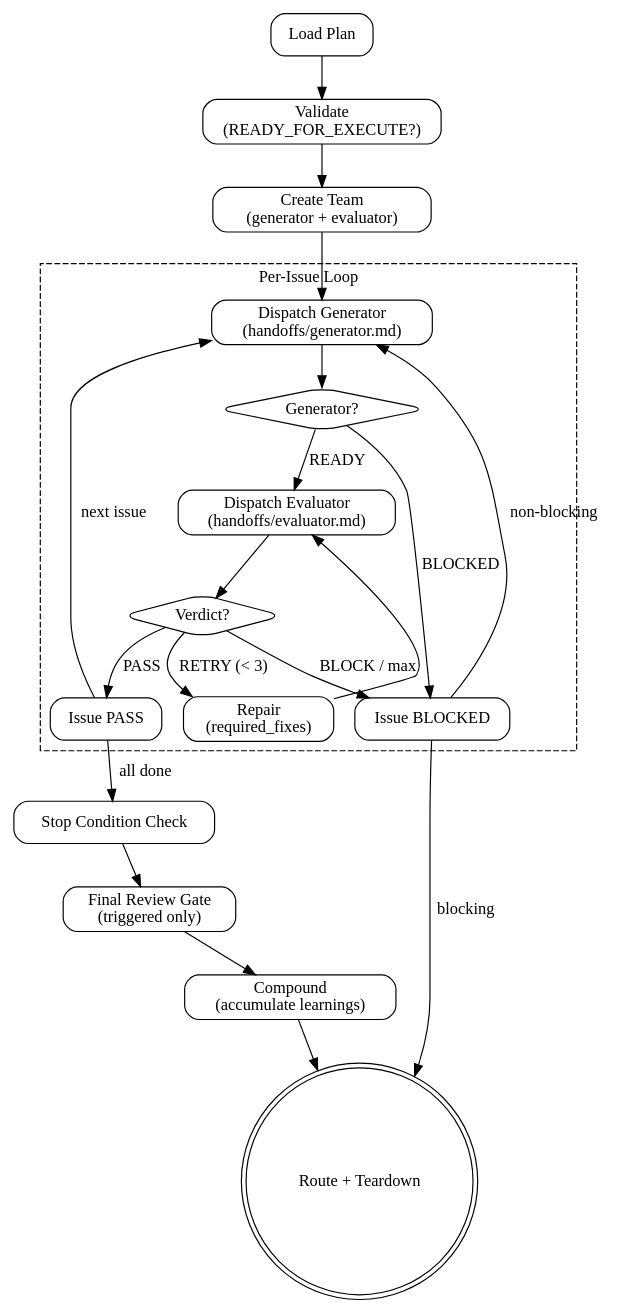
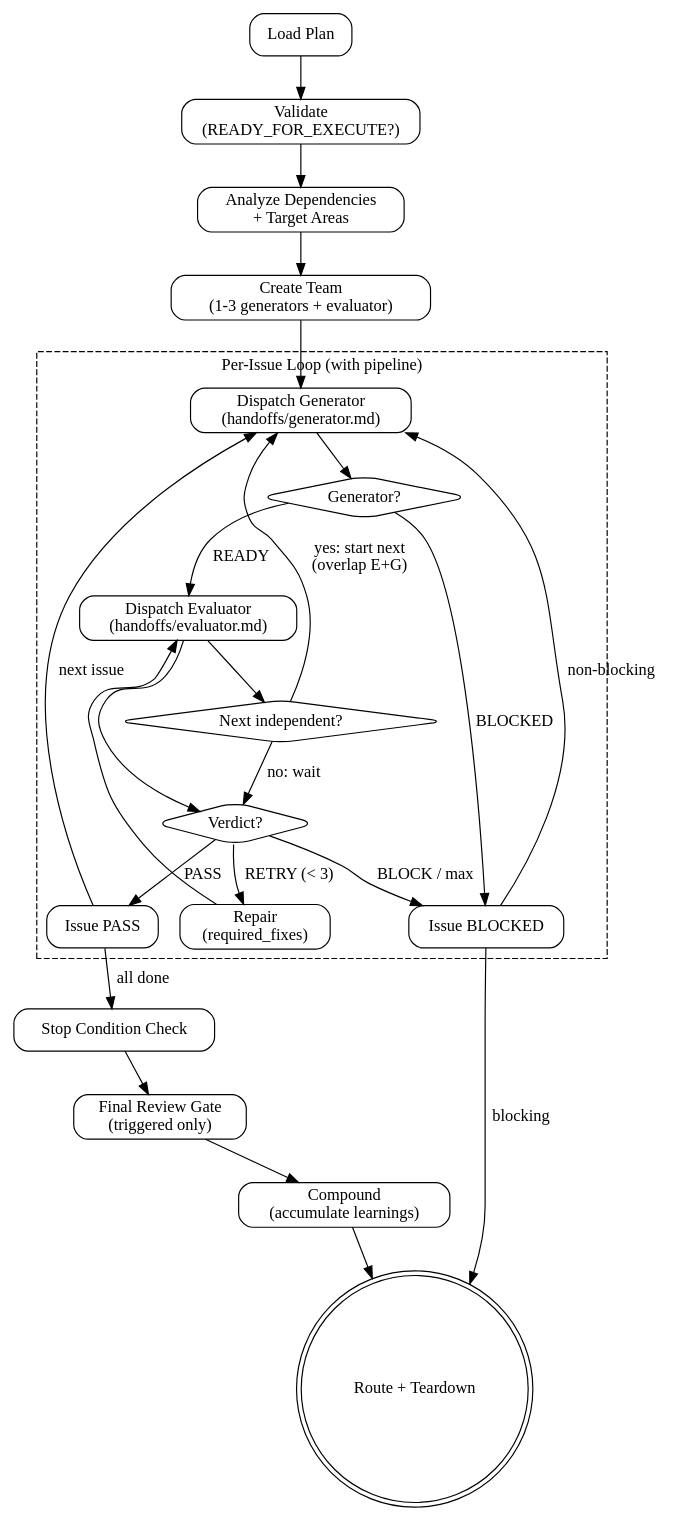
Before and after one commit to feng-y/pge: the diagram in skills/pge-exec/SKILL.md, drawn with Graphviz. The commit also changed other lines of this file, not shown here.

````diff
--- a/skills/pge-exec/SKILL.md
+++ b/skills/pge-exec/SKILL.md
@@ -38,42 +38,47 @@
 ```dot
 digraph pge_exec {
   rankdir=TB;
   node [shape=box, style=rounded];
 
   load_plan [label="Load Plan"];
   validate [label="Validate\n(READY_FOR_EXECUTE?)"];
-  create_team [label="Create Team\n(generator + evaluator)"];
+  group [label="Analyze Dependencies\n+ Target Areas"];
+  create_team [label="Create Team\n(1-3 generators + evaluator)"];
 
   subgraph cluster_loop {
-    label="Per-Issue Loop";
+    label="Per-Issue Loop (with pipeline)";
     style=dashed;
     dispatch_gen [label="Dispatch Generator\n(handoffs/generator.md)"];
     gen_done [label="Generator?", shape=diamond];
     dispatch_eval [label="Dispatch Evaluator\n(handoffs/evaluator.md)"];
+    pipeline_check [label="Next independent?", shape=diamond];
     verdict [label="Verdict?", shape=diamond];
     repair [label="Repair\n(required_fixes)"];
     pass [label="Issue PASS"];
     blocked [label="Issue BLOCKED"];
   }
 
   plan_verify [label="Stop Condition Check"];
   review_gate [label="Final Review Gate\n(triggered only)"];
   compound [label="Compound\n(accumulate learnings)"];
   route [label="Route + Teardown", shape=doublecircle];
 
-  load_plan -> validate -> create_team -> dispatch_gen;
+  load_plan -> validate -> group -> create_team -> dispatch_gen;
   dispatch_gen -> gen_done;
   gen_done -> dispatch_eval [label="READY"];
   gen_done -> blocked [label="BLOCKED"];
+  dispatch_eval -> pipeline_check;
+  pipeline_check -> dispatch_gen [label="yes: start next\n(overlap E+G)"];
+  pipeline_check -> verdict [label="no: wait"];
   dispatch_eval -> verdict;
   verdict -> pass [label="PASS"];
   verdict -> repair [label="RETRY (< 3)"];
   verdict -> blocked [label="BLOCK / max"];
   repair -> dispatch_eval;
   pass -> dispatch_gen [label="next issue"];
   pass -> plan_verify [label="all done"];
   blocked -> dispatch_gen [label="non-blocking"];
   blocked -> route [label="blocking"];
   plan_verify -> review_gate -> compound -> route;
 }
 ```
````
